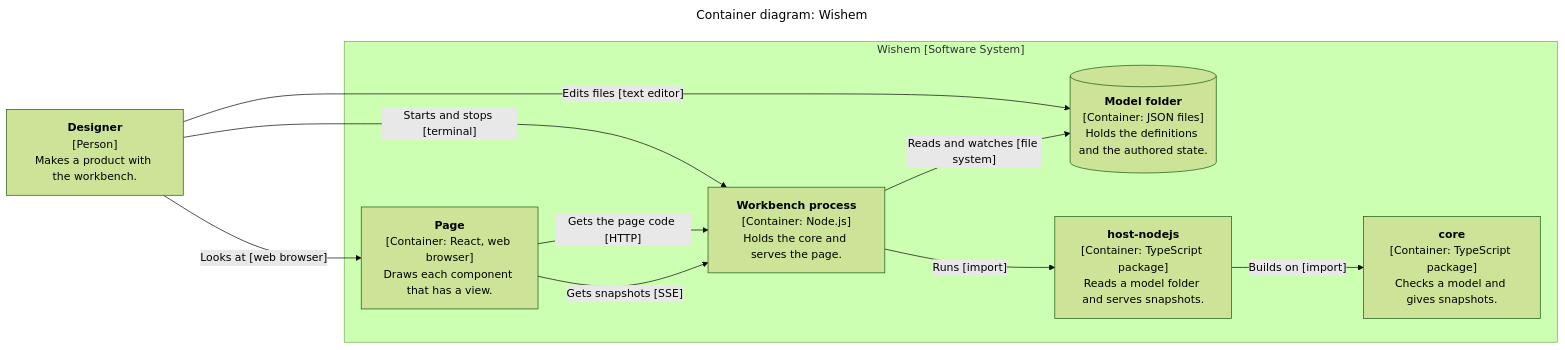
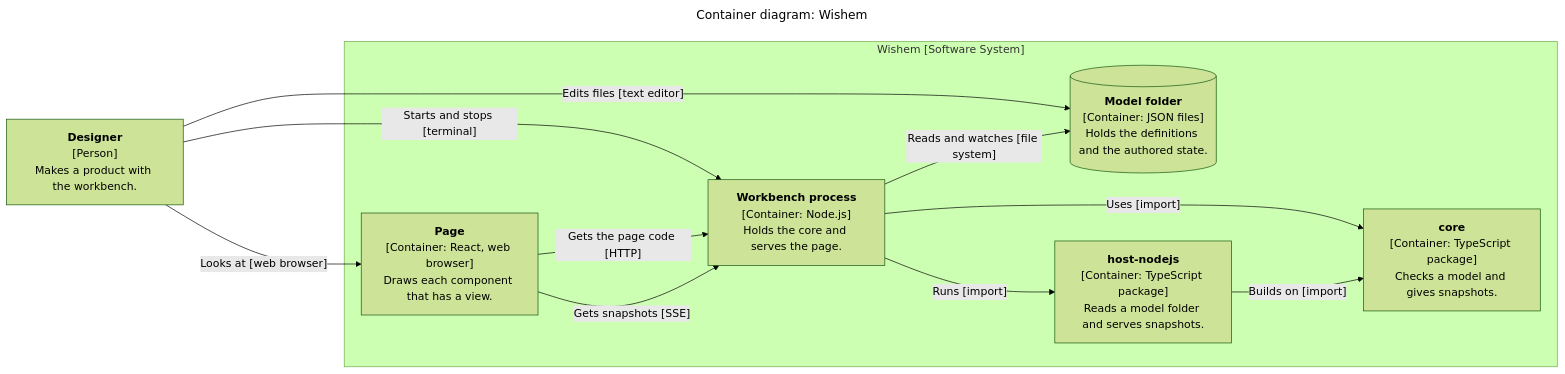
One commit to twin-digital/opus changed the second of 5 diagrams in openspec/changes/511-add-c4-architecture-diagrams/design.md. Above: the diagram before and after it, drawn with Mermaid (forest theme). The commit also changed other lines of this file and 1 other file, not shown here.

Commit message:
docs(wishem): record the host and core decisions in the C4 diagram plan

````diff
--- a/openspec/changes/511-add-c4-architecture-diagrams/design.md
+++ b/openspec/changes/511-add-c4-architecture-diagrams/design.md
@@ -140,22 +142,23 @@
 ```mermaid
 ---
 title: 'Container diagram: Wishem'
 ---
 flowchart LR
   designer["<b>Designer</b><br/>[Person]<br/>Makes a product with the workbench."]
   subgraph wishem["Wishem [Software System]"]
     page["<b>Page</b><br/>[Container: React, web browser]<br/>Draws each component that has a view."]
     process["<b>Workbench process</b><br/>[Container: Node.js]<br/>Holds the core and serves the page."]
     model[("<b>Model folder</b><br/>[Container: JSON files]<br/>Holds the definitions and the authored state.")]
     hostlib["<b>host-nodejs</b><br/>[Container: TypeScript package]<br/>Reads a model folder and serves snapshots."]
     corelib["<b>core</b><br/>[Container: TypeScript package]<br/>Checks a model and gives snapshots."]
   end
   designer -- "Starts and stops [terminal]" --> process
   designer -- "Edits files [text editor]" --> model
   designer -- "Looks at [web browser]" --> page
   page -- "Gets the page code [HTTP]" --> process
   page -- "Gets snapshots [SSE]" --> process
   process -- "Reads and watches [file system]" --> model
   process -- "Runs [import]" --> hostlib
+  process -- "Uses [import]" --> corelib
   hostlib -- "Builds on [import]" --> corelib
 ```
````
